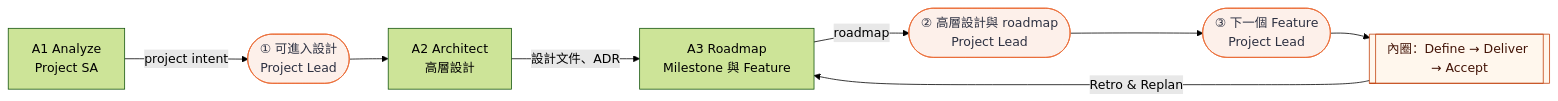
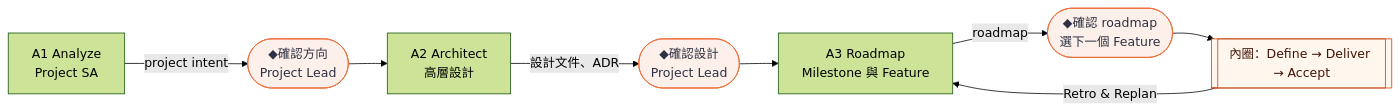
Before and after one commit to ellis429/loop-engineering: the second of 3 diagrams in docs/guide/user-guide.md, drawn with Mermaid (forest theme). The commit also changed other lines of this file and 3 other files, not shown here.

````diff
--- a/docs/guide/user-guide.md
+++ b/docs/guide/user-guide.md
@@ -88,13 +88,13 @@
 ```mermaid
 flowchart LR
-  A1["A1 Analyze<br/>Project SA"] -->|project intent| G1(["① 可進入設計<br/>Project Lead"])
+  A1["A1 Analyze<br/>Project SA"] -->|project intent| G1(["◆確認方向<br/>Project Lead"])
   G1 --> A2["A2 Architect<br/>高層設計"]
-  A2 -->|設計文件、ADR| A3["A3 Roadmap<br/>Milestone 與 Feature"]
-  A3 -->|roadmap| G2(["② 高層設計與 roadmap<br/>Project Lead"])
-  G2 --> G3(["③ 下一個 Feature<br/>Project Lead"])
+  A2 -->|設計文件、ADR| G2(["◆確認設計<br/>Project Lead"])
+  G2 --> A3["A3 Roadmap<br/>Milestone 與 Feature"]
+  A3 -->|roadmap| G3(["◆確認 roadmap<br/>選下一個 Feature"])
   G3 --> IN[["內圈：Define → Deliver → Accept"]]
   IN -->|Retro & Replan| A3
   classDef gate fill:#fdf0ea,stroke:#eb6c36,color:#2d3142
   class G1,G2,G3 gate
   style IN fill:#fff7ed,stroke:#c2410c,color:#431407
 ```
````
